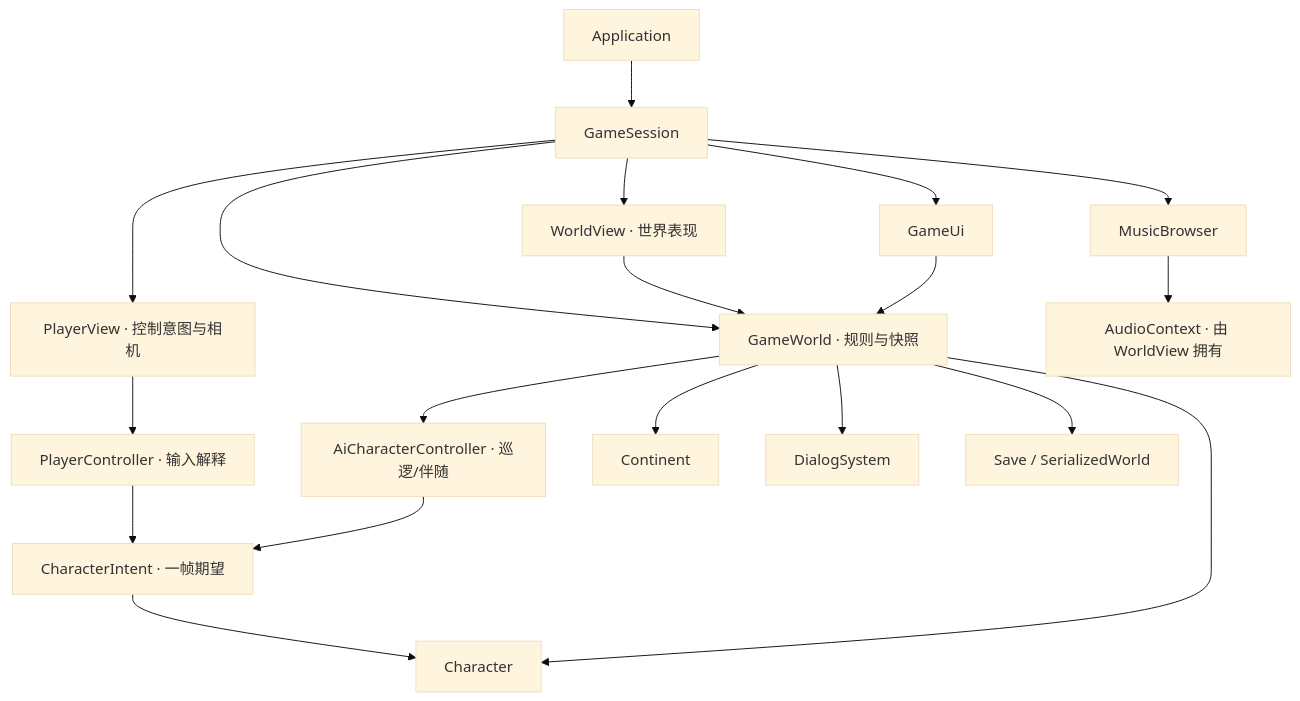
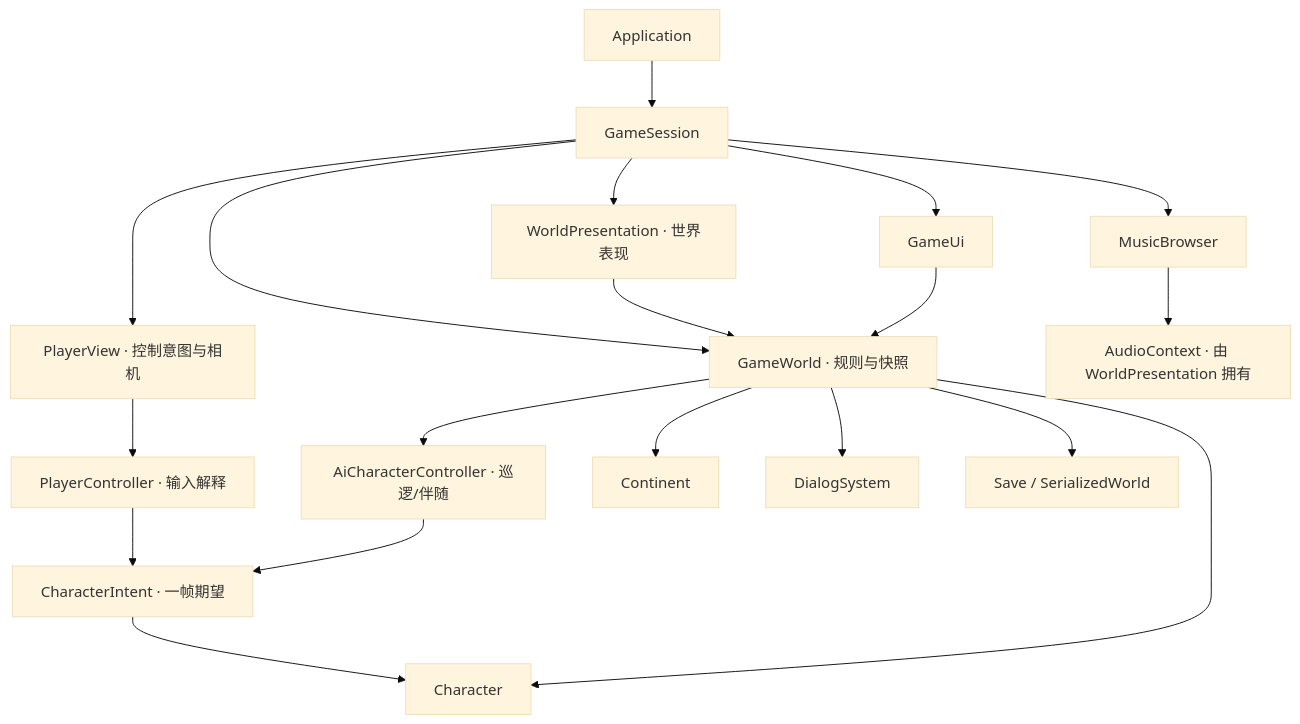
Before and after one commit to Plut084/lc1: the second of 3 diagrams in docs/module-dependencies.md, drawn with Mermaid (base theme). The commit also changed other lines of this file and 169 other files, not shown here.

````diff
--- a/docs/module-dependencies.md
+++ b/docs/module-dependencies.md
@@ -22,21 +22,21 @@
 ```mermaid
 flowchart TD
     app[Application] --> session[GameSession]
     session --> world["GameWorld · 规则与快照"]
-    session --> view["WorldView · 世界表现"]
+    session --> view["WorldPresentation · 世界表现"]
     session --> player["PlayerView · 控制意图与相机"]
     session --> ui[GameUi]
     session --> music[MusicBrowser]
     view --> world
     ui --> world
     player --> controller["PlayerController · 输入解释"]
     controller --> intent["CharacterIntent · 一帧期望"]
     ai["AiCharacterController · 巡逻/伴随"] --> intent
     intent --> character[Character]
     world --> ai
     world --> character
     world --> continent[Continent]
     world --> dialog[DialogSystem]
     world --> save["Save / SerializedWorld"]
-    music --> audio["AudioContext · 由 WorldView 拥有"]
+    music --> audio["AudioContext · 由 WorldPresentation 拥有"]
 ```
````
